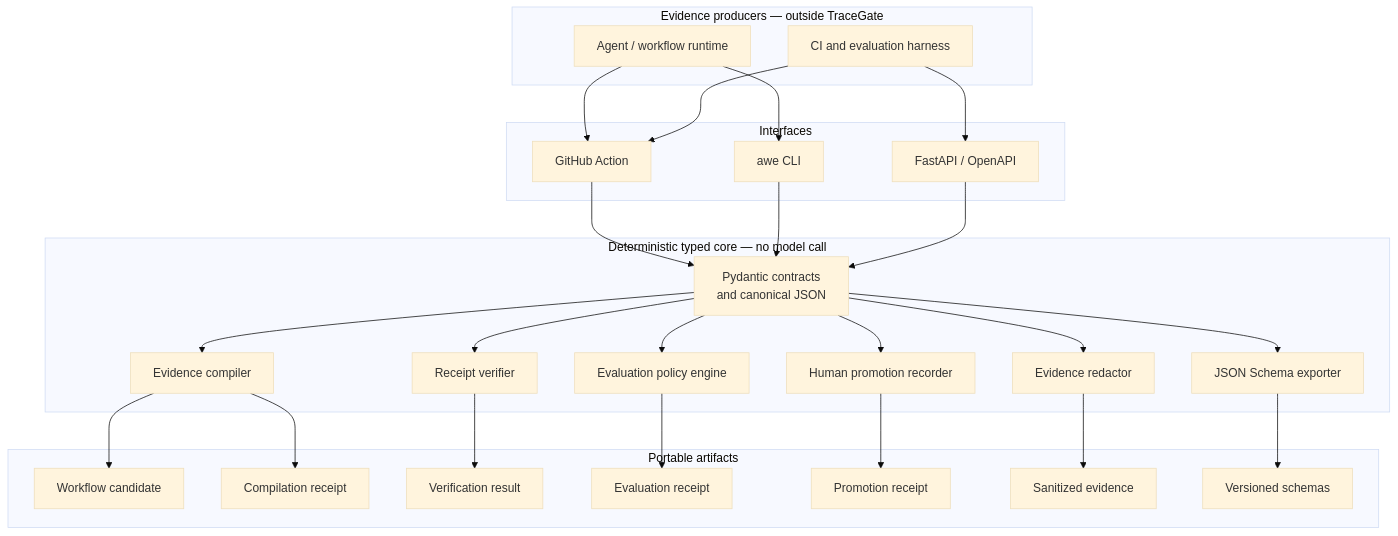
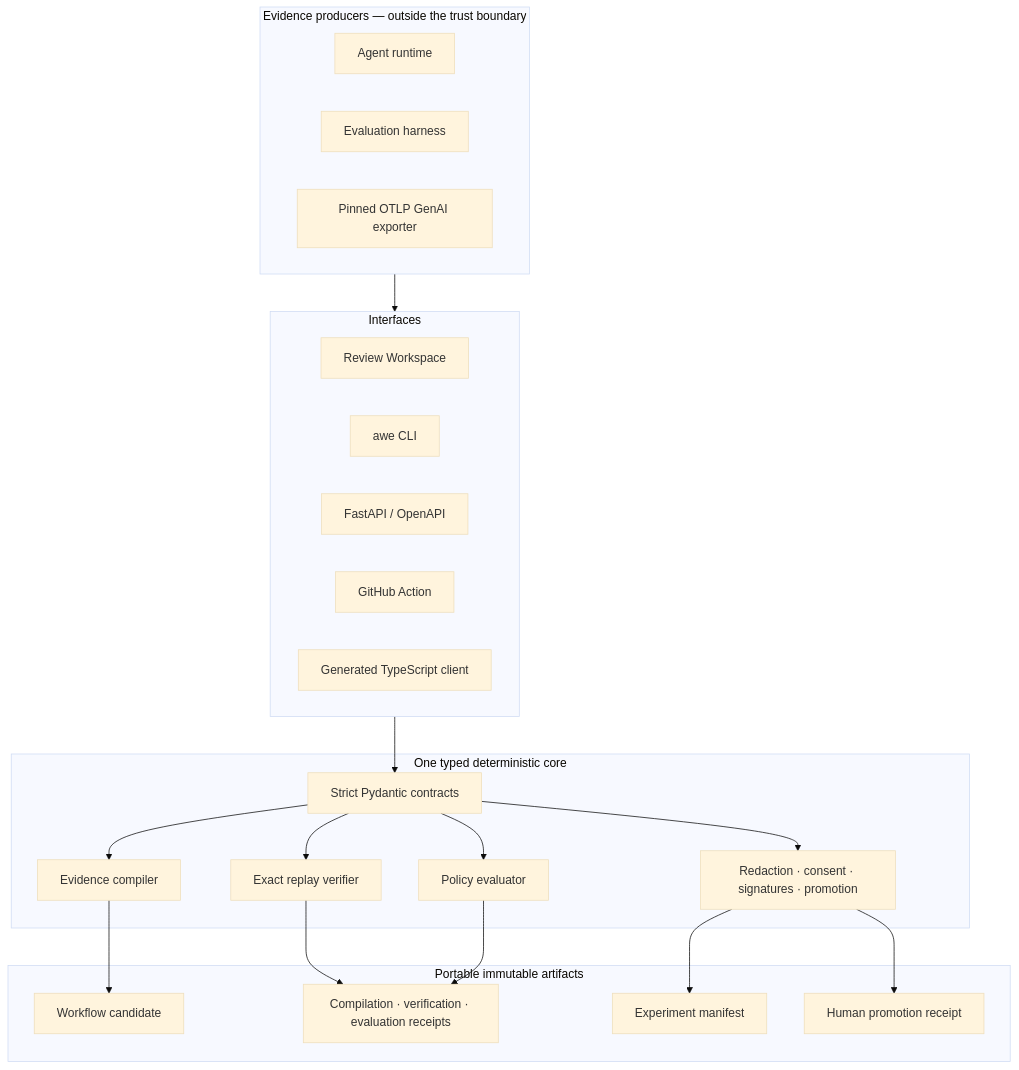
Before and after one commit to kingggg5/awe-tracegate: the second of 2 diagrams in README.md, drawn with Mermaid (base theme). The commit also changed other lines of this file and 47 other files, not shown here.

First line of the commit message:
feat: ship evidence interoperability and command workspace (#8)

````diff
--- a/README.md
+++ b/README.md
@@ -84,57 +99,38 @@
 ```mermaid
 flowchart TB
-    subgraph Producers["Evidence producers — outside TraceGate"]
-        Agent["Agent / workflow runtime"]
-        CI["CI and evaluation harness"]
+    subgraph Producers["Evidence producers — outside the trust boundary"]
+        Agent["Agent runtime"]
+        Eval["Evaluation harness"]
+        OTel["Pinned OTLP GenAI exporter"]
     end
 
     subgraph Interfaces["Interfaces"]
-        Action["GitHub Action"]
+        UI["Review Workspace"]
         CLI["awe CLI"]
         API["FastAPI / OpenAPI"]
+        Action["GitHub Action"]
+        TS["Generated TypeScript client"]
     end
 
-    subgraph Core["Deterministic typed core — no model call"]
-        Contracts["Pydantic contracts<br/>and canonical JSON"]
+    subgraph Core["One typed deterministic core"]
+        Contracts["Strict Pydantic contracts"]
         Compiler["Evidence compiler"]
-        Verifier["Receipt verifier"]
-        Evaluator["Evaluation policy engine"]
-        Redactor["Evidence redactor"]
-        Promotion["Human promotion recorder"]
-        Schemas["JSON Schema exporter"]
-
-        Contracts --> Compiler
-        Contracts --> Verifier
-        Contracts --> Evaluator
-        Contracts --> Redactor
-        Contracts --> Promotion
-        Contracts --> Schemas
+        Verifier["Exact replay verifier"]
+        Evaluator["Policy evaluator"]
+        Governance["Redaction · consent · signatures · promotion"]
     end
 
-    subgraph Artifacts["Portable artifacts"]
+    subgraph Artifacts["Portable immutable artifacts"]
         Candidate["Workflow candidate"]
-        CompilationReceipt["Compilation receipt"]
-        VerificationResult["Verification result"]
-        EvaluationReceipt["Evaluation receipt"]
-        PromotionReceipt["Promotion receipt"]
-        SanitizedEvidence["Sanitized evidence"]
-        SchemaFiles["Versioned schemas"]
+        Receipts["Compilation · verification · evaluation receipts"]
+        Manifest["Experiment manifest"]
+        Promotion["Human promotion receipt"]
     end
 
-    Agent --> Action
-    CI --> Action
-    Agent --> CLI
-    CI --> API
-
-    Action --> Contracts
-    CLI --> Contracts
-    API --> Contracts
-
-    Compiler --> Candidate
-    Compiler --> CompilationReceipt
-    Verifier --> VerificationResult
-    Evaluator --> EvaluationReceipt
-    Redactor --> SanitizedEvidence
-    Promotion --> PromotionReceipt
-    Schemas --> SchemaFiles
+    Producers --> Interfaces --> Contracts
+    Contracts --> Compiler --> Candidate
+    Contracts --> Verifier --> Receipts
+    Contracts --> Evaluator --> Receipts
+    Contracts --> Governance --> Manifest
+    Governance --> Promotion
 ```
````
